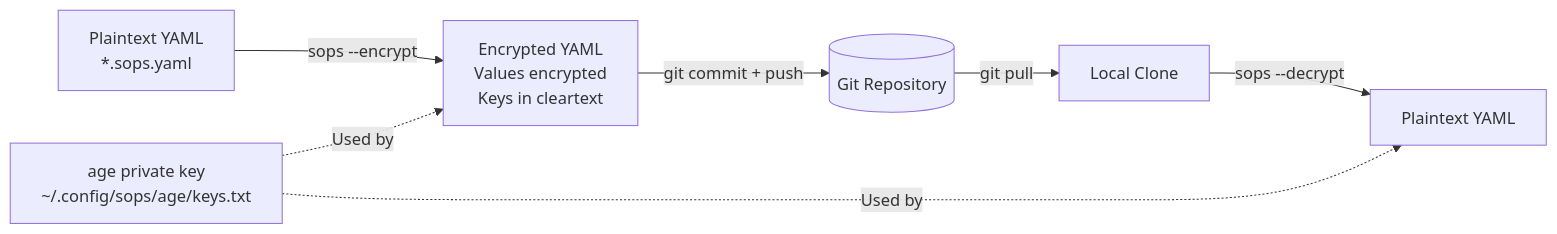
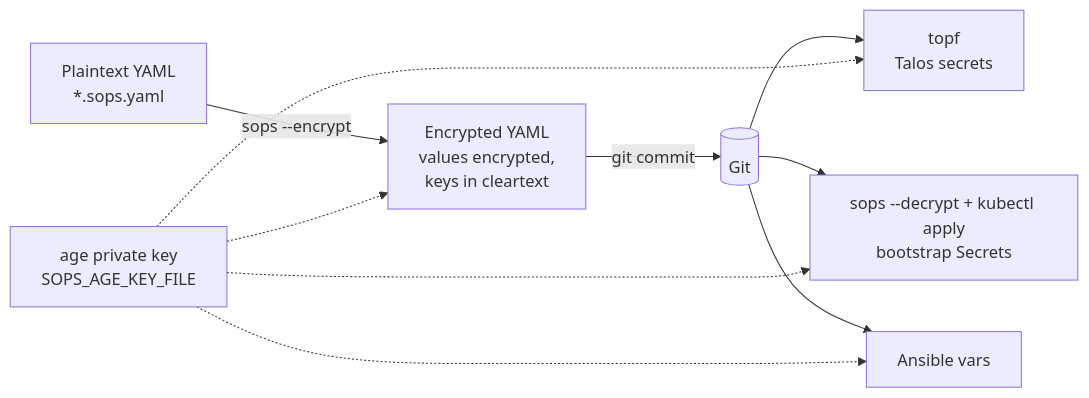
One commit to swibrow/home-ops changed the diagram in docs/security/sops.md. Above: the diagram before and after it, drawn with Mermaid. The commit also changed other lines of this file and 105 other files, not shown here.

````diff
--- a/docs/security/sops.md
+++ b/docs/security/sops.md
@@ -11,10 +11,10 @@
 ```mermaid
 flowchart LR
-    PLAIN[Plaintext YAML\n*.sops.yaml] -->|sops --encrypt| ENC[Encrypted YAML\nValues encrypted\nKeys in cleartext]
-    ENC -->|git commit + push| GIT[(Git Repository)]
-    GIT -->|git pull| LOCAL[Local Clone]
-    LOCAL -->|sops --decrypt| PLAIN2[Plaintext YAML]
+    PLAIN[Plaintext YAML<br/>*.sops.yaml] -->|sops --encrypt| ENC[Encrypted YAML<br/>values encrypted,<br/>keys in cleartext]
+    ENC -->|git commit| GIT[(Git)]
+    GIT --> TOPF[topf<br/>Talos secrets]
+    GIT --> MANUAL[sops --decrypt + kubectl apply<br/>bootstrap Secrets]
+    GIT --> ANS[Ansible vars]
 
-    AGE[age private key\n~/.config/sops/age/keys.txt] -.->|Used by| ENC
-    AGE -.->|Used by| PLAIN2
+    AGE[age private key<br/>SOPS_AGE_KEY_FILE] -.-> ENC & TOPF & MANUAL & ANS
 ```
````
